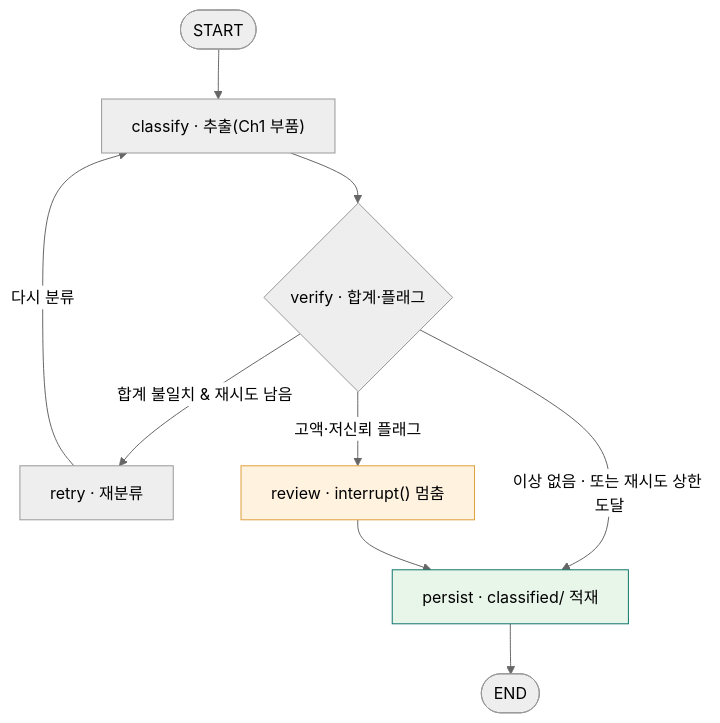
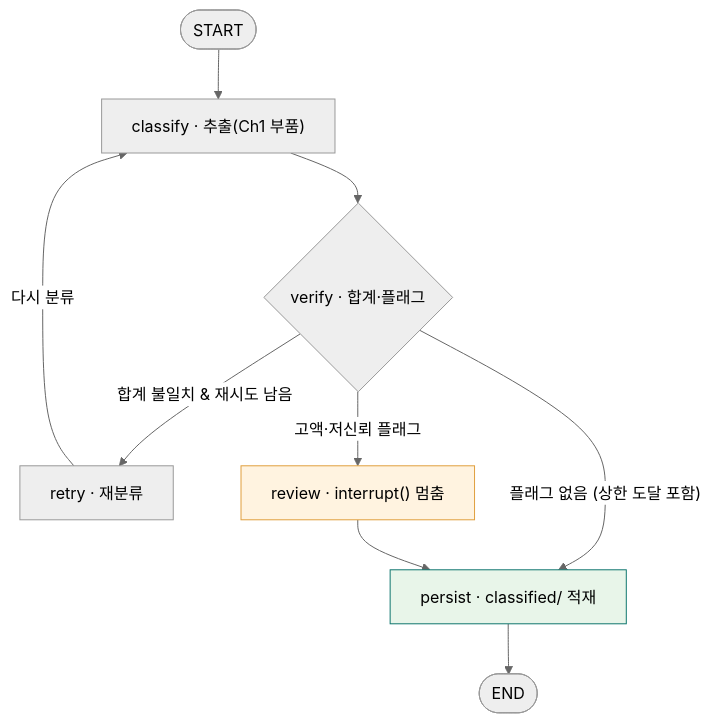
Before and after one commit to Yo-sure/deepagents-handson: the second of 4 diagrams in books/md/Chapter 2. LangChain LangGraph Agent와 Harness 구조.md, drawn with Mermaid (neutral theme). The commit also changed other lines of this file and 1 other file, not shown here.

````diff
--- a/books/md/Chapter 2. LangChain LangGraph Agent와 Harness 구조.md
+++ b/books/md/Chapter 2. LangChain LangGraph Agent와 Harness 구조.md
@@ -145,13 +147,13 @@
 ```mermaid
 flowchart TD
     S([START]) --> CL["classify · 추출(Ch1 부품)"]
     CL --> VE{"verify · 합계·플래그"}
     VE -->|"합계 불일치 & 재시도 남음"| RT["retry · 재분류"]
     RT -->|"다시 분류"| CL
     VE -->|"고액·저신뢰 플래그"| RV["review · interrupt() 멈춤"]
-    VE -->|"이상 없음 · 또는 재시도 상한 도달"| PS["persist · classified/ 적재"]
+    VE -->|"플래그 없음 (상한 도달 포함)"| PS["persist · classified/ 적재"]
     RV --> PS
     PS --> E([END])
     style RV fill:#fff3e0,stroke:#e09f3e
     style PS fill:#e8f5e9,stroke:#0f766e
 ```
````
